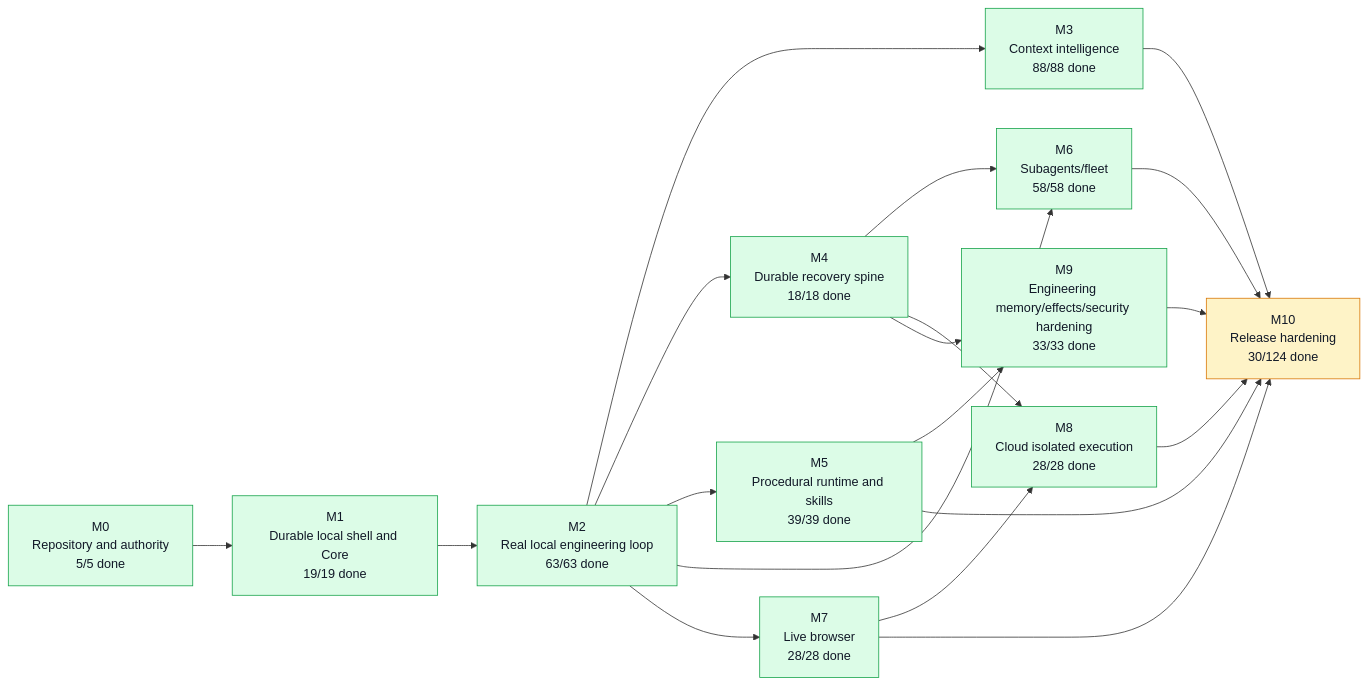
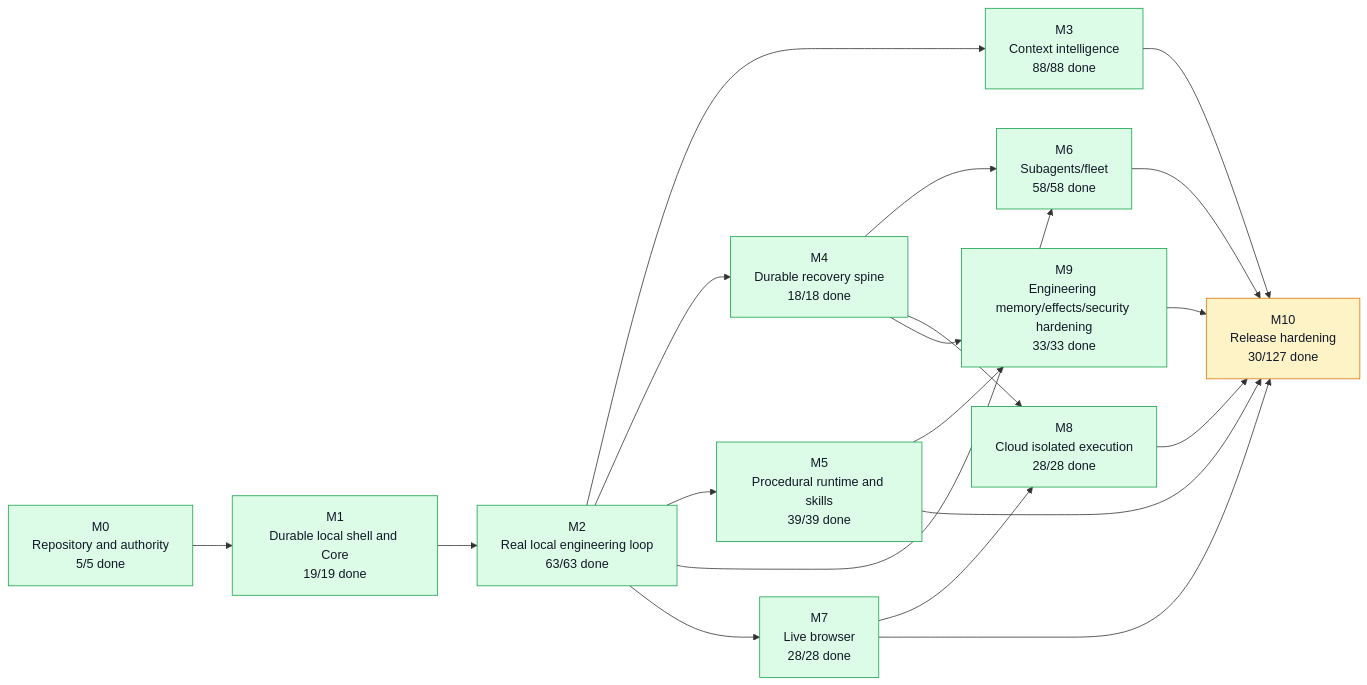
The first of 5 diagrams in graph/PROJECT_GRAPH.md (moss101/modbit), drawn with Mermaid before and after one commit. The commit also changed other lines of this file and 60 other files, not shown here.

````diff
--- a/graph/PROJECT_GRAPH.md
+++ b/graph/PROJECT_GRAPH.md
@@ -57,43 +57,43 @@
 ```mermaid
 flowchart LR
   M0["M0<br/>Repository and authority<br/>5/5 done"]
   M1["M1<br/>Durable local shell and Core<br/>19/19 done"]
   M2["M2<br/>Real local engineering loop<br/>63/63 done"]
   M3["M3<br/>Context intelligence<br/>88/88 done"]
   M4["M4<br/>Durable recovery spine<br/>18/18 done"]
   M5["M5<br/>Procedural runtime and skills<br/>39/39 done"]
   M6["M6<br/>Subagents/fleet<br/>58/58 done"]
   M7["M7<br/>Live browser<br/>28/28 done"]
   M8["M8<br/>Cloud isolated execution<br/>28/28 done"]
   M9["M9<br/>Engineering memory/effects/security hardening<br/>33/33 done"]
-  M10["M10<br/>Release hardening<br/>30/124 done"]
+  M10["M10<br/>Release hardening<br/>30/127 done"]
   M0 --> M1
   M1 --> M2
   M2 --> M3
   M2 --> M4
   M2 --> M5
   M2 --> M6
   M4 --> M6
   M2 --> M7
   M4 --> M8
   M7 --> M8
   M4 --> M9
   M5 --> M9
   M3 --> M10
   M5 --> M10
   M6 --> M10
   M7 --> M10
   M8 --> M10
   M9 --> M10
   style M0 fill:#dcfce7,stroke:#16a34a,color:#111827
   style M1 fill:#dcfce7,stroke:#16a34a,color:#111827
   style M2 fill:#dcfce7,stroke:#16a34a,color:#111827
   style M3 fill:#dcfce7,stroke:#16a34a,color:#111827
   style M4 fill:#dcfce7,stroke:#16a34a,color:#111827
   style M5 fill:#dcfce7,stroke:#16a34a,color:#111827
   style M6 fill:#dcfce7,stroke:#16a34a,color:#111827
   style M7 fill:#dcfce7,stroke:#16a34a,color:#111827
   style M8 fill:#dcfce7,stroke:#16a34a,color:#111827
   style M9 fill:#dcfce7,stroke:#16a34a,color:#111827
   style M10 fill:#fef3c7,stroke:#d97706,color:#111827
 ```
````
